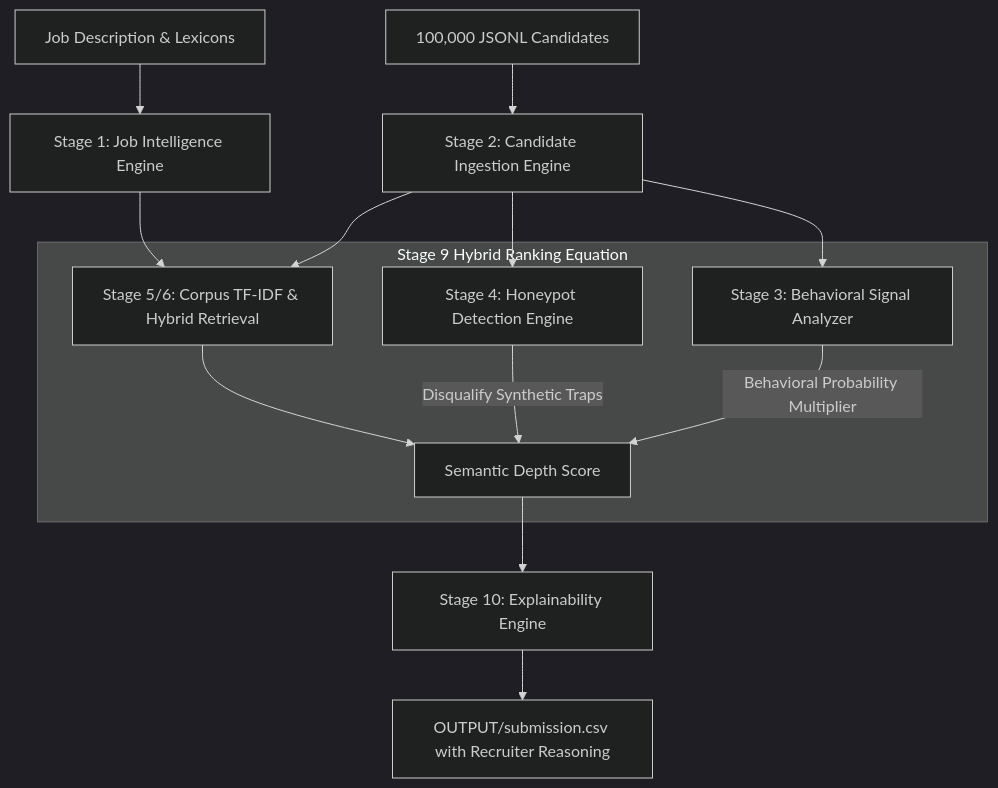
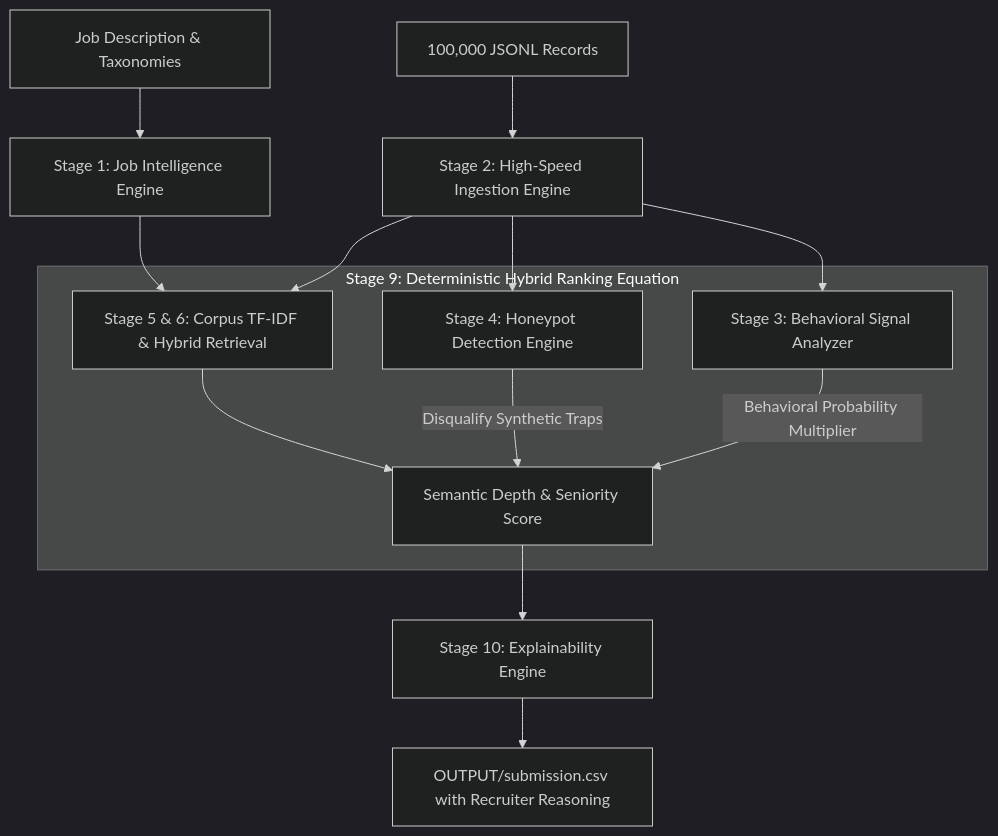
Before and after one commit to manoj-chavan-13/redrob-ranker: the diagram in README.md, drawn with Mermaid (dark theme). The commit also changed other lines of this file, not shown here.

Commit message:
Update README with professional enterprise architecture documentation and empirical metrics

````diff
--- a/README.md
+++ b/README.md
@@ -20,20 +29,20 @@
 ```mermaid
 graph TD
-    JD[Job Description & Lexicons] --> Stage1[Stage 1: Job Intelligence Engine]
-    Pool[100,000 JSONL Candidates] --> Stage2[Stage 2: Candidate Ingestion Engine]
+    JD[Job Description & Taxonomies] --> S1[Stage 1: Job Intelligence Engine]
+    Pool[100,000 JSONL Records] --> S2[Stage 2: High-Speed Ingestion Engine]
     
-    Stage2 --> Stage5[Stage 5/6: Corpus TF-IDF & Hybrid Retrieval]
-    Stage1 --> Stage5
+    S2 --> S5[Stage 5 & 6: Corpus TF-IDF & Hybrid Retrieval]
+    S1 --> S5
     
-    Stage2 --> Stage4[Stage 4: Honeypot Detection Engine]
-    Stage2 --> Stage3[Stage 3: Behavioral Signal Analyzer]
+    S2 --> S4[Stage 4: Honeypot Detection Engine]
+    S2 --> S3[Stage 3: Behavioral Signal Analyzer]
     
-    subgraph Stage 9 Hybrid Ranking Equation
-        Stage5 --> HR[Semantic Depth Score]
-        Stage4 -->|Disqualify Synthetic Traps| HR
-        Stage3 -->|Behavioral Probability Multiplier| HR
+    subgraph Stage 9: Deterministic Hybrid Ranking Equation
+        S5 --> HR[Semantic Depth & Seniority Score]
+        S4 -->|Disqualify Synthetic Traps| HR
+        S3 -->|Behavioral Probability Multiplier| HR
     end
     
-    HR --> Stage10[Stage 10: Explainability Engine]
-    Stage10 --> CSV[OUTPUT/submission.csv with Recruiter Reasoning]
+    HR --> S10[Stage 10: Explainability Engine]
+    S10 --> CSV[OUTPUT/submission.csv with Recruiter Reasoning]
 ```
````
